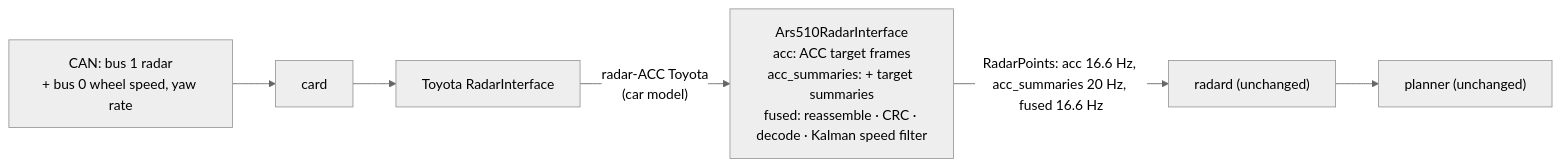
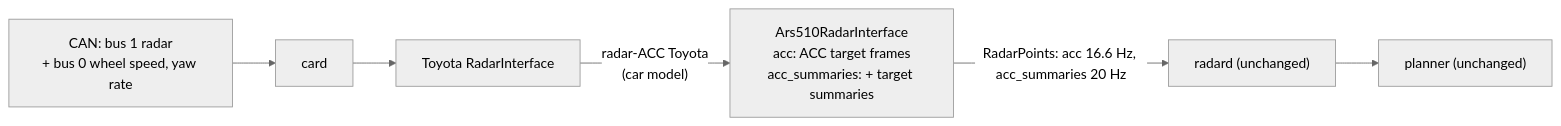
The diagram in README.md (ds-sebastian/ars510-radar), drawn with Mermaid (neutral theme) before and after one commit. The commit also changed other lines of this file and 38 other files, not shown here.

First line of the commit message:
feat(installer)!: install only acc and acc_summaries until the object-list speed excursions are solved (#231)

````diff
--- a/README.md
+++ b/README.md
@@ -217,6 +211,6 @@
 ```mermaid
 flowchart LR
     CAN["CAN: bus 1 radar<br/>+ bus 0 wheel speed, yaw rate"] --> card --> RI["Toyota RadarInterface"]
-    RI -- "radar-ACC Toyota<br/>(car model)" --> A["Ars510RadarInterface<br/>acc: ACC target frames<br/>acc_summaries: + target summaries<br/>fused: reassemble · CRC · decode · Kalman speed filter"]
-    A -- "RadarPoints: acc 16.6 Hz, acc_summaries 20 Hz, fused 16.6 Hz" --> radard["radard (unchanged)"] --> planner["planner (unchanged)"]
+    RI -- "radar-ACC Toyota<br/>(car model)" --> A["Ars510RadarInterface<br/>acc: ACC target frames<br/>acc_summaries: + target summaries"]
+    A -- "RadarPoints: acc 16.6 Hz, acc_summaries 20 Hz" --> radard["radard (unchanged)"] --> planner["planner (unchanged)"]
 ```
````
